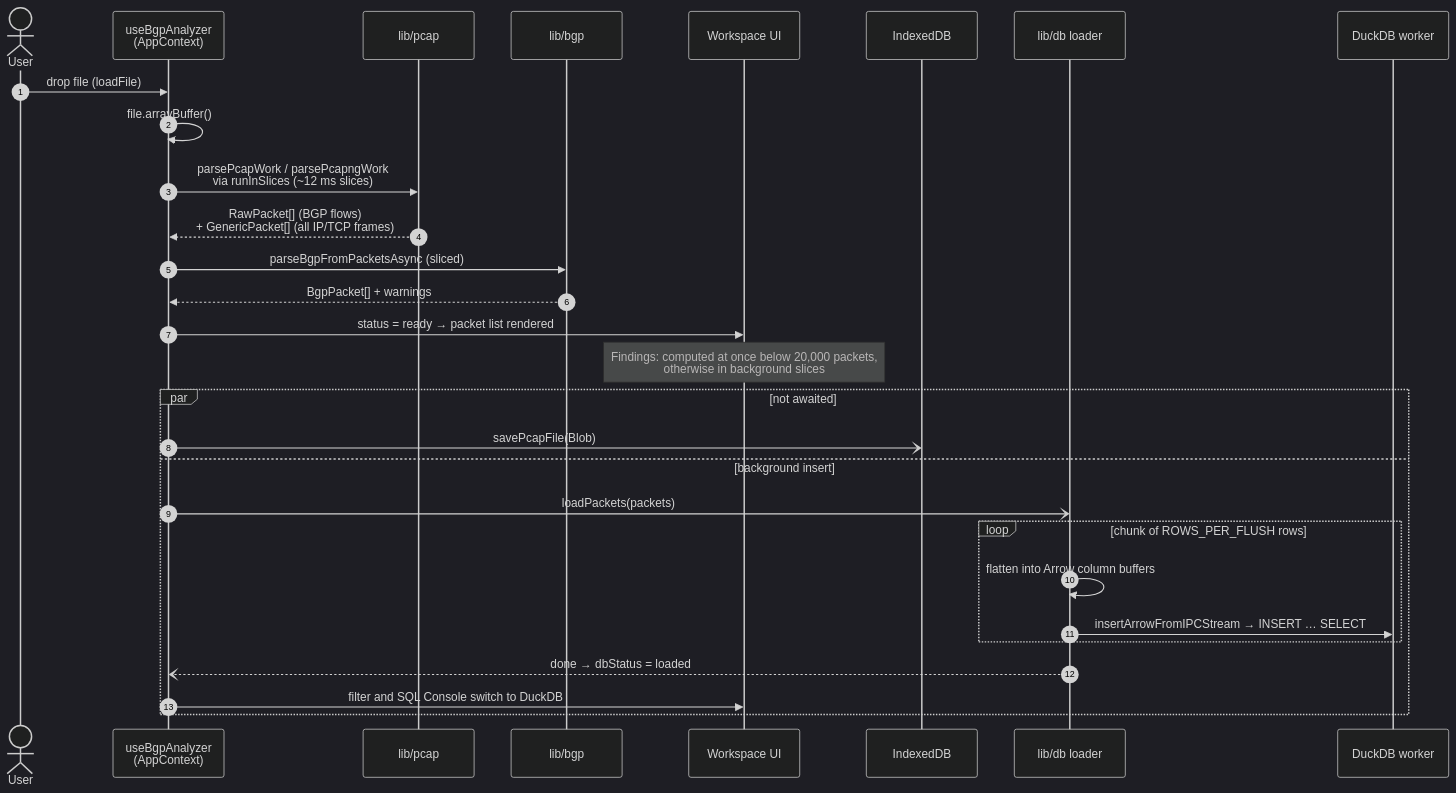
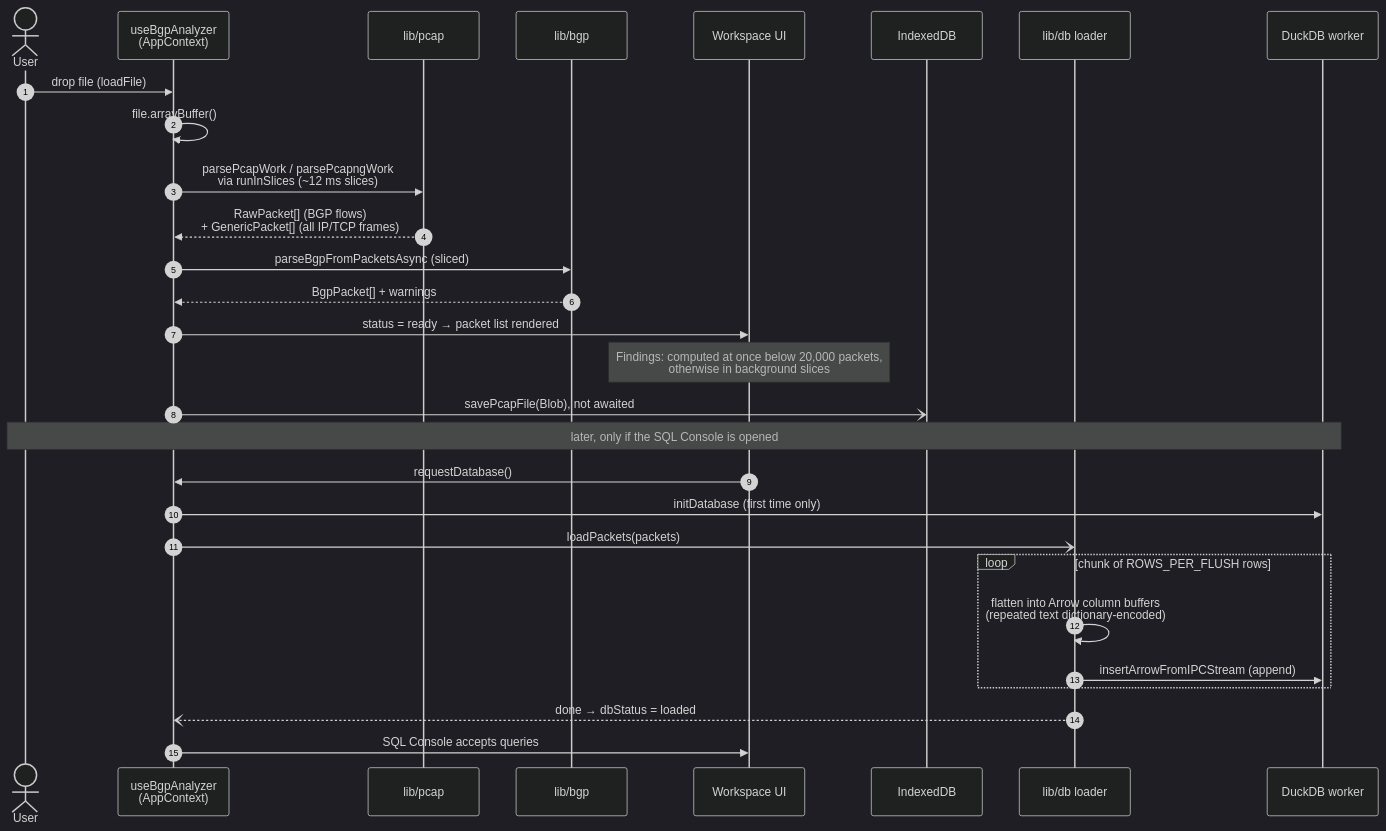
The third of 13 diagrams in docs/architecture.md (shmuto/bgpshark), drawn with Mermaid (dark theme) before and after one commit. The commit also changed other lines of this file and 12 other files, not shown here.

First line of the commit message:
Describe on-demand DuckDB and the single filter backend

````diff
--- a/docs/architecture.md
+++ b/docs/architecture.md
@@ -140,33 +140,34 @@
 ```mermaid
 sequenceDiagram
     autonumber
     actor U as User
     participant A as useBgpAnalyzer<br/>(AppContext)
     participant P as lib/pcap
     participant B as lib/bgp
     participant UI as Workspace UI
     participant S as IndexedDB
     participant L as lib/db loader
     participant D as DuckDB worker
 
     U->>A: drop file (loadFile)
     A->>A: file.arrayBuffer()
     A->>P: parsePcapWork / parsePcapngWork<br/>via runInSlices (~12 ms slices)
     P-->>A: RawPacket[] (BGP flows)<br/>+ GenericPacket[] (all IP/TCP frames)
     A->>B: parseBgpFromPacketsAsync (sliced)
     B-->>A: BgpPacket[] + warnings
     A->>UI: status = ready → packet list rendered
     Note over UI: Findings: computed at once below 20,000 packets,<br/>otherwise in background slices
 
-    par not awaited
-        A-)S: savePcapFile(Blob)
-    and background insert
-        A-)L: loadPackets(packets)
-        loop chunk of ROWS_PER_FLUSH rows
-            L->>L: flatten into Arrow column buffers
-            L->>D: insertArrowFromIPCStream → INSERT … SELECT
-        end
-        L--)A: done → dbStatus = loaded
-        A->>UI: filter and SQL Console switch to DuckDB
+    A-)S: savePcapFile(Blob), not awaited
+
+    Note over U,D: later, only if the SQL Console is opened
+    UI->>A: requestDatabase()
+    A->>D: initDatabase (first time only)
+    A-)L: loadPackets(packets)
+    loop chunk of ROWS_PER_FLUSH rows
+        L->>L: flatten into Arrow column buffers<br/>(repeated text dictionary-encoded)
+        L->>D: insertArrowFromIPCStream (append)
     end
+    L--)A: done → dbStatus = loaded
+    A->>UI: SQL Console accepts queries
 ```
````
